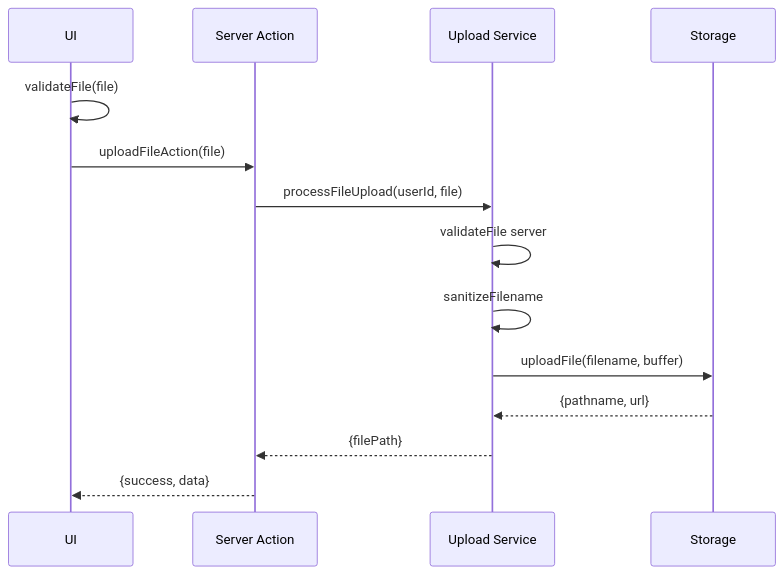
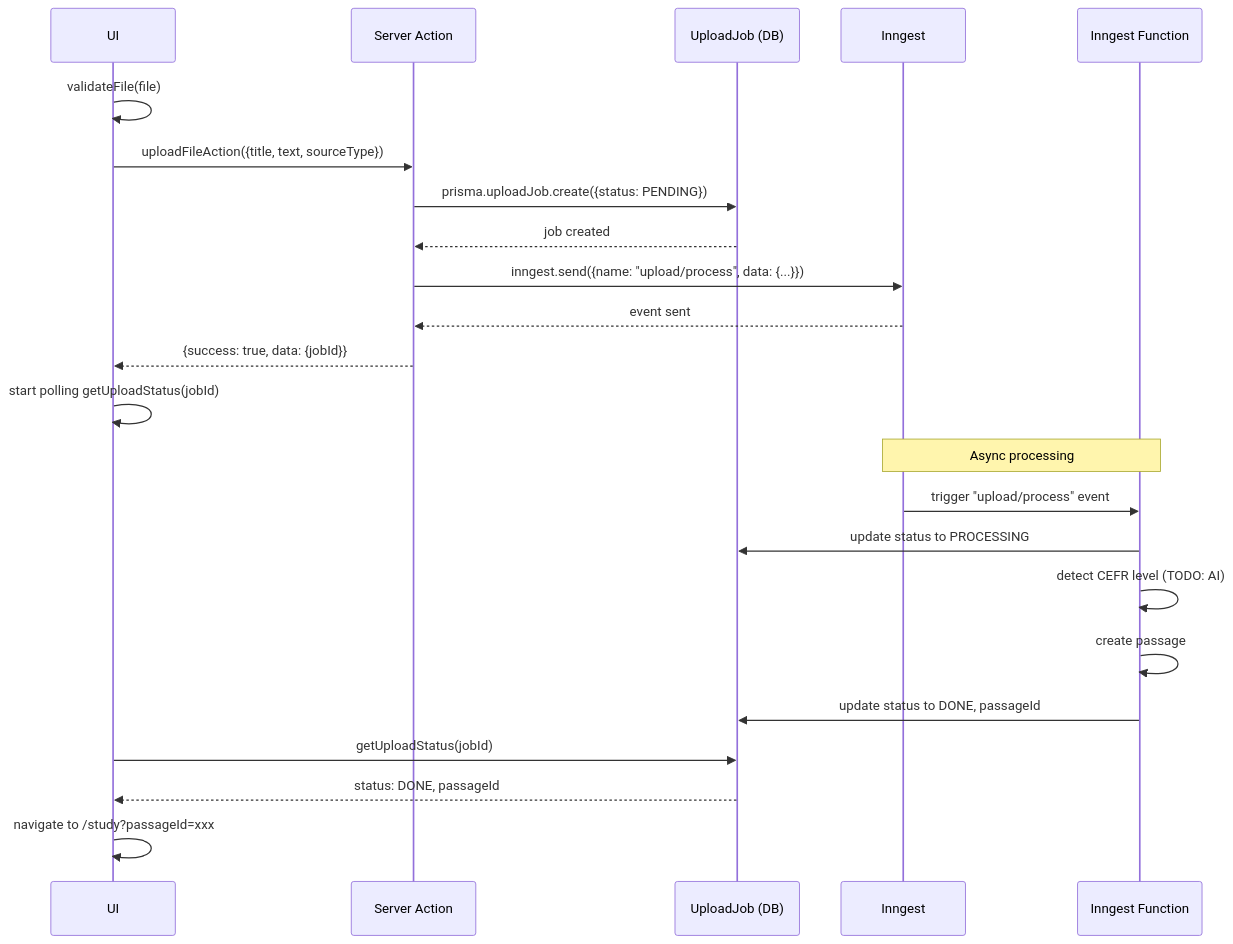
Before and after one commit to BoneTheDeveloper/ReadingPro: the second of 4 diagrams in docs/Data-flow/upload-flow.md, drawn with Mermaid. The commit also changed other lines of this file and 15 other files, not shown here.

````diff
--- a/docs/Data-flow/upload-flow.md
+++ b/docs/Data-flow/upload-flow.md
@@ -40,17 +45,28 @@
 ```mermaid
 sequenceDiagram
     participant U as UI
     participant A as Server Action
-    participant W as Upload Service
-    participant S as Storage
+    participant J as UploadJob (DB)
+    participant I as Inngest
+    participant F as Inngest Function
 
     U->>U: validateFile(file)
-    U->>A: uploadFileAction(file)
-    A->>W: processFileUpload(userId, file)
-    W->>W: validateFile server
-    W->>W: sanitizeFilename
-    W->>S: uploadFile(filename, buffer)
-    S-->>W: {pathname, url}
-    W-->>A: {filePath}
-    A-->>U: {success, data}
+    U->>A: uploadFileAction({title, text, sourceType})
+    A->>J: prisma.uploadJob.create({status: PENDING})
+    J-->>A: job created
+    A->>I: inngest.send({name: "upload/process", data: {...}})
+    I-->>A: event sent
+    A-->>U: {success: true, data: {jobId}}
+    U->>U: start polling getUploadStatus(jobId)
+    
+    Note over I,F: Async processing
+    I->>F: trigger "upload/process" event
+    F->>J: update status to PROCESSING
+    F->>F: detect CEFR level (TODO: AI)
+    F->>F: create passage
+    F->>J: update status to DONE, passageId
+    
+    U->>J: getUploadStatus(jobId)
+    J-->>U: status: DONE, passageId
+    U->>U: navigate to /study?passageId=xxx
 ```
````
